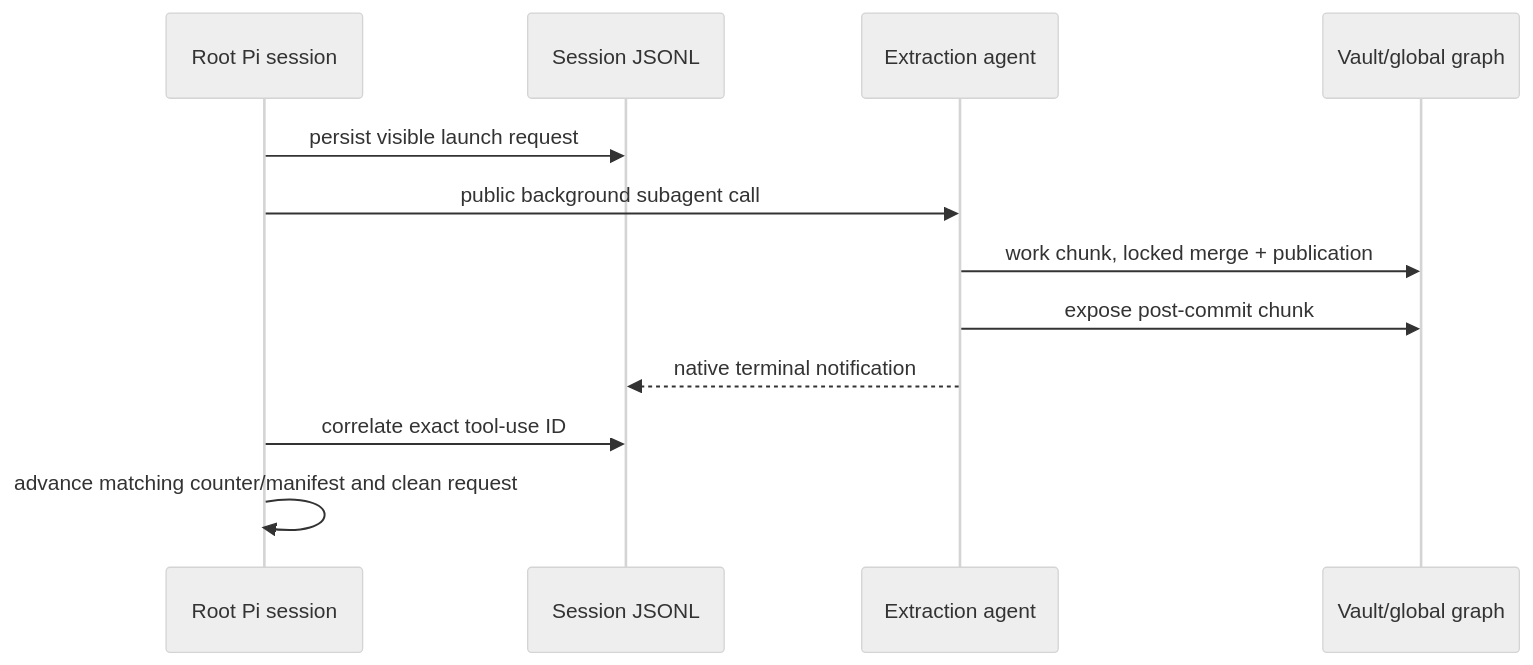
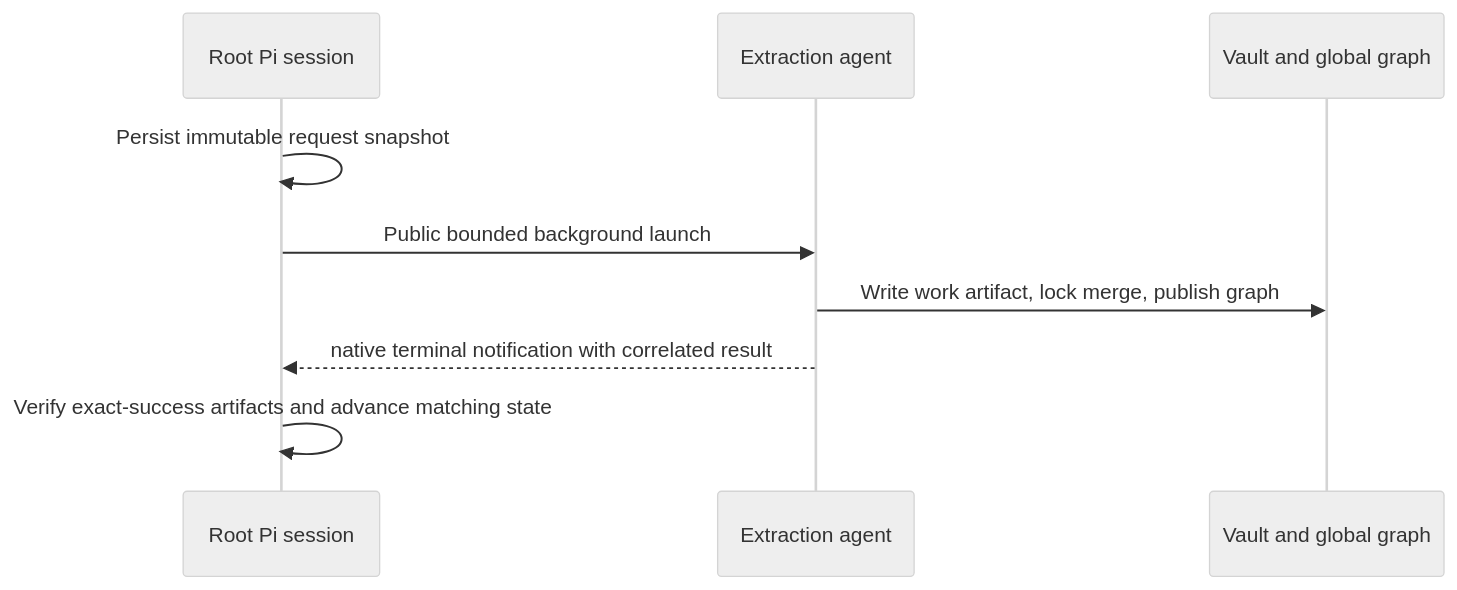
One commit to nikolanovoselec/codeflare changed the tenth of 10 diagrams in documentation/lanes/architecture.md. Above: the diagram before and after it, drawn with Mermaid (neutral theme). The commit also changed other lines of this file and 360 other files, not shown here.

````diff
--- a/documentation/lanes/architecture.md
+++ b/documentation/lanes/architecture.md
@@ -728,14 +609,11 @@
 ```mermaid
 sequenceDiagram
     participant R as Root Pi session
-    participant T as Session JSONL
     participant A as Extraction agent
-    participant G as Vault/global graph
-    R->>T: persist visible launch request
-    R->>A: public background subagent call
-    A->>G: work chunk, locked merge + publication
-    A->>G: expose post-commit chunk
-    A-->>T: native terminal notification
-    R->>T: correlate exact tool-use ID
-    R->>R: advance matching counter/manifest and clean request
+    participant G as Vault and global graph
+    R->>R: Persist immutable request snapshot
+    R->>A: Public bounded background launch
+    A->>G: Write work artifact, lock merge, publish graph
+    A-->>R: native terminal notification with correlated result
+    R->>R: Verify exact-success artifacts and advance matching state
 ```
````
